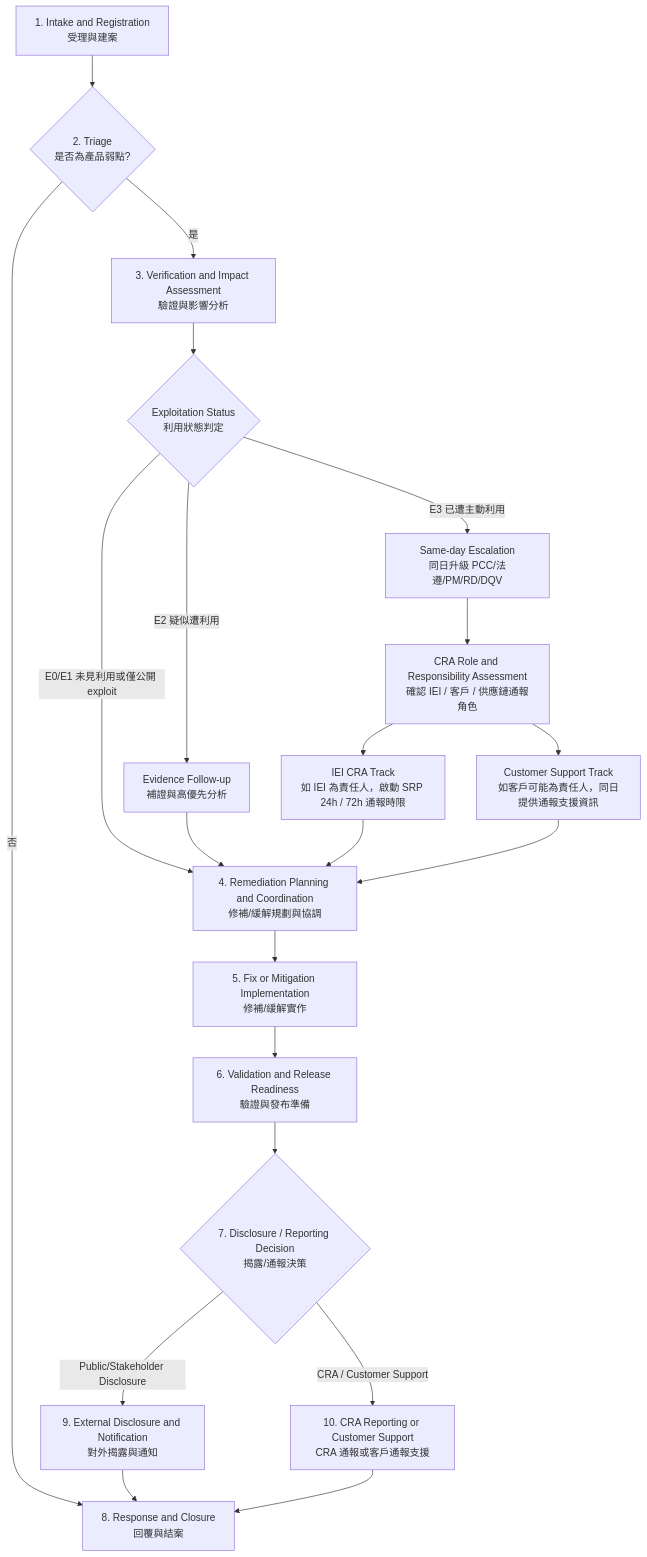
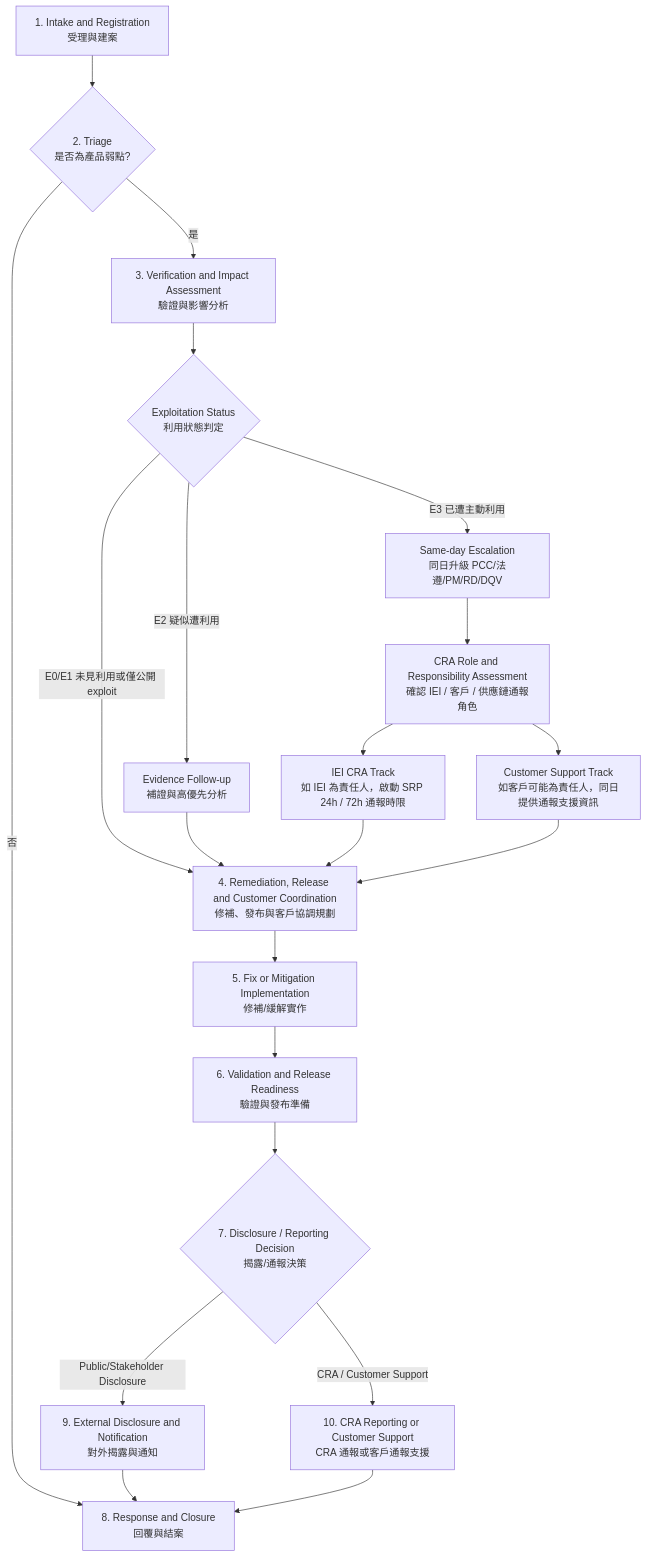
One commit to stanleyshuang/corepoint changed the diagram in doc/L2-01_vulnerability-handling-and-disclosure-process.md. Above: the diagram before and after it, drawn with Mermaid. The commit also changed other lines of this file and 1 other file, not shown here.

````diff
--- a/doc/L2-01_vulnerability-handling-and-disclosure-process.md
+++ b/doc/L2-01_vulnerability-handling-and-disclosure-process.md
@@ -121,23 +122,23 @@
 ```mermaid
 flowchart TD
     A[1. Intake and Registration<br/>受理與建案] --> B{2. Triage<br/>是否為產品弱點?}
     B -- 否 --> H[8. Response and Closure<br/>回覆與結案]
     B -- 是 --> C[3. Verification and Impact Assessment<br/>驗證與影響分析]
     C --> X{Exploitation Status<br/>利用狀態判定}
     X -- E3 已遭主動利用 --> Y[Same-day Escalation<br/>同日升級 PCC/法遵/PM/RD/DQV]
     X -- E2 疑似遭利用 --> W[Evidence Follow-up<br/>補證與高優先分析]
-    X -- E0/E1 未見利用或僅公開 exploit --> D[4. Remediation Planning and Coordination<br/>修補/緩解規劃與協調]
+    X -- E0/E1 未見利用或僅公開 exploit --> D[4. Remediation, Release and Customer Coordination<br/>修補、發布與客戶協調規劃]
     W --> D
     Y --> R[CRA Role and Responsibility Assessment<br/>確認 IEI / 客戶 / 供應鏈通報角色]
     R --> Z1[IEI CRA Track<br/>如 IEI 為責任人，啟動 SRP 24h / 72h 通報時限]
     R --> Z2[Customer Support Track<br/>如客戶可能為責任人，同日提供通報支援資訊]
     Z1 --> D
     Z2 --> D
     D --> E[5. Fix or Mitigation Implementation<br/>修補/緩解實作]
     E --> F[6. Validation and Release Readiness<br/>驗證與發布準備]
     F --> G{7. Disclosure / Reporting Decision<br/>揭露/通報決策}
     G -->|Public/Stakeholder Disclosure| I[9. External Disclosure and Notification<br/>對外揭露與通知]
     G -->|CRA / Customer Support| J[10. CRA Reporting or Customer Support<br/>CRA 通報或客戶通報支援]
     I --> H
     J --> H
 ```
````
